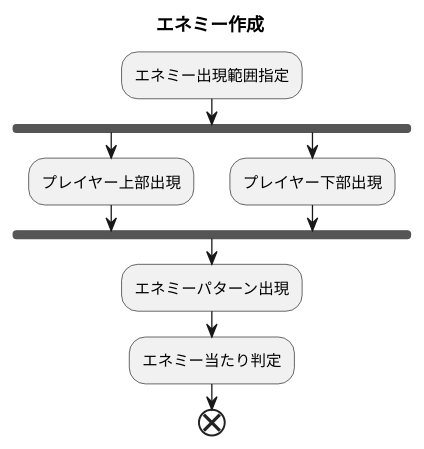
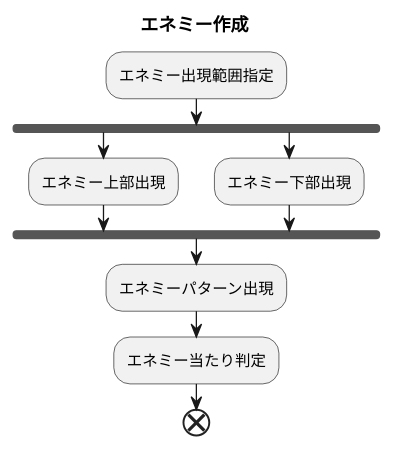
The fifth of 13 diagrams in Assets/UnityScene/Resources/text/PlantUML(フンコロガシくん、がんばる).wsd (kanicha/algorithm-gameCreate), drawn with PlantUML before and after one commit. The commit also changed 42 other files, not shown here.

```diff
--- a/Assets/UnityScene/Resources/text/PlantUML(フンコロガシくん、がんばる).wsd
+++ b/Assets/UnityScene/Resources/text/PlantUML(フンコロガシくん、がんばる).wsd
@@ -56,13 +56,13 @@
 @startuml
 title エネミー作成
 :エネミー出現範囲指定;
 fork 
-:プレイヤー上部出現;
+:エネミー上部出現;
 fork again
-:プレイヤー下部出現;
+:エネミー下部出現;
 fork end
 
 :エネミーパターン出現;
 :エネミー当たり判定;
 end
 @enduml
```
